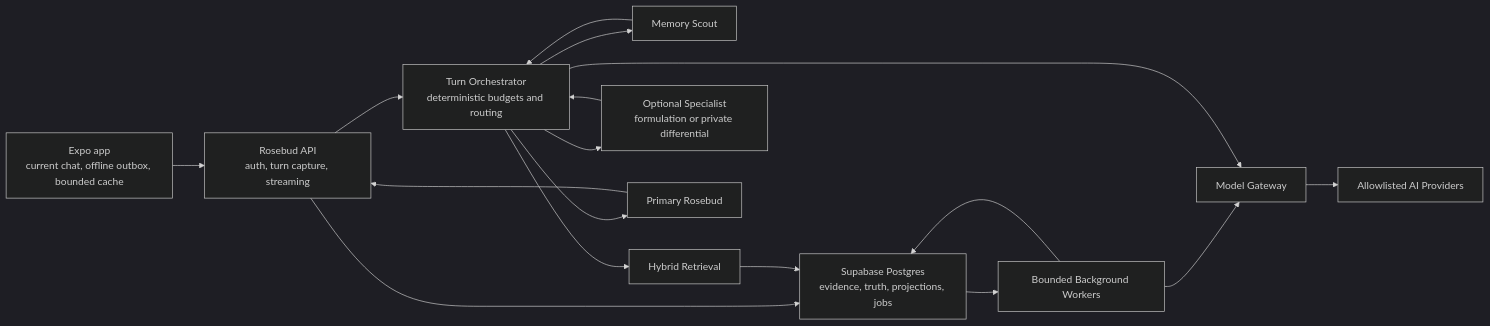
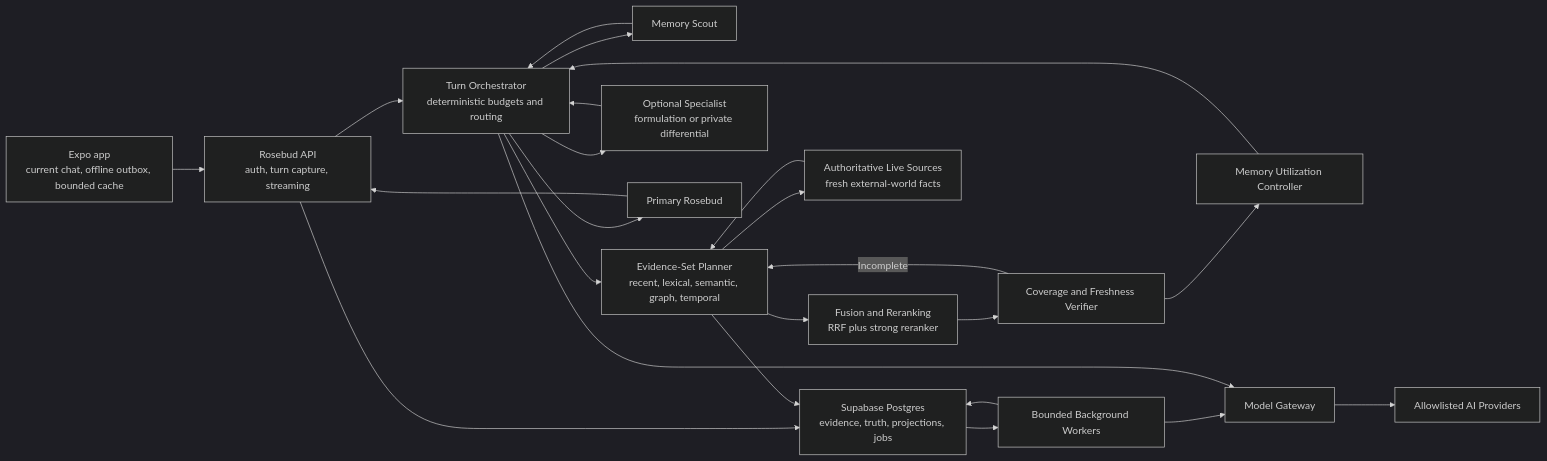
The diagram in docs/superpowers/specs/2026-07-28-cloud-authoritative-rosebud-memory-design.md (NoahOsmonth/BlackroseJournal), drawn with Mermaid (dark theme) before and after one commit. The commit also changed other lines of this file, not shown here.

Commit message:
docs: strengthen Rosebud memory design

````diff
--- a/docs/superpowers/specs/2026-07-28-cloud-authoritative-rosebud-memory-design.md
+++ b/docs/superpowers/specs/2026-07-28-cloud-authoritative-rosebud-memory-design.md
@@ -152,19 +196,26 @@
 ```mermaid
 flowchart LR
     A["Expo app<br/>current chat, offline outbox, bounded cache"] --> B["Rosebud API<br/>auth, turn capture, streaming"]
     B --> C["Supabase Postgres<br/>evidence, truth, projections, jobs"]
     B --> D["Turn Orchestrator<br/>deterministic budgets and routing"]
     D --> E["Memory Scout"]
-    D --> F["Hybrid Retrieval"]
+    D --> F["Evidence-Set Planner<br/>recent, lexical, semantic, graph, temporal"]
     F --> C
+    F --> O["Authoritative Live Sources<br/>fresh external-world facts"]
+    O --> F
+    F --> L["Fusion and Reranking<br/>RRF plus strong reranker"]
+    L --> M["Coverage and Freshness Verifier"]
+    M -->|"Incomplete"| F
+    M --> N["Memory Utilization Controller"]
     D --> G["Optional Specialist<br/>formulation or private differential"]
     D --> H["Primary Rosebud"]
     E --> D
     G --> D
+    N --> D
     H --> B
     C --> I["Bounded Background Workers"]
     I --> J["Model Gateway"]
     D --> J
     J --> K["Allowlisted AI Providers"]
     I --> C
 ```
````
